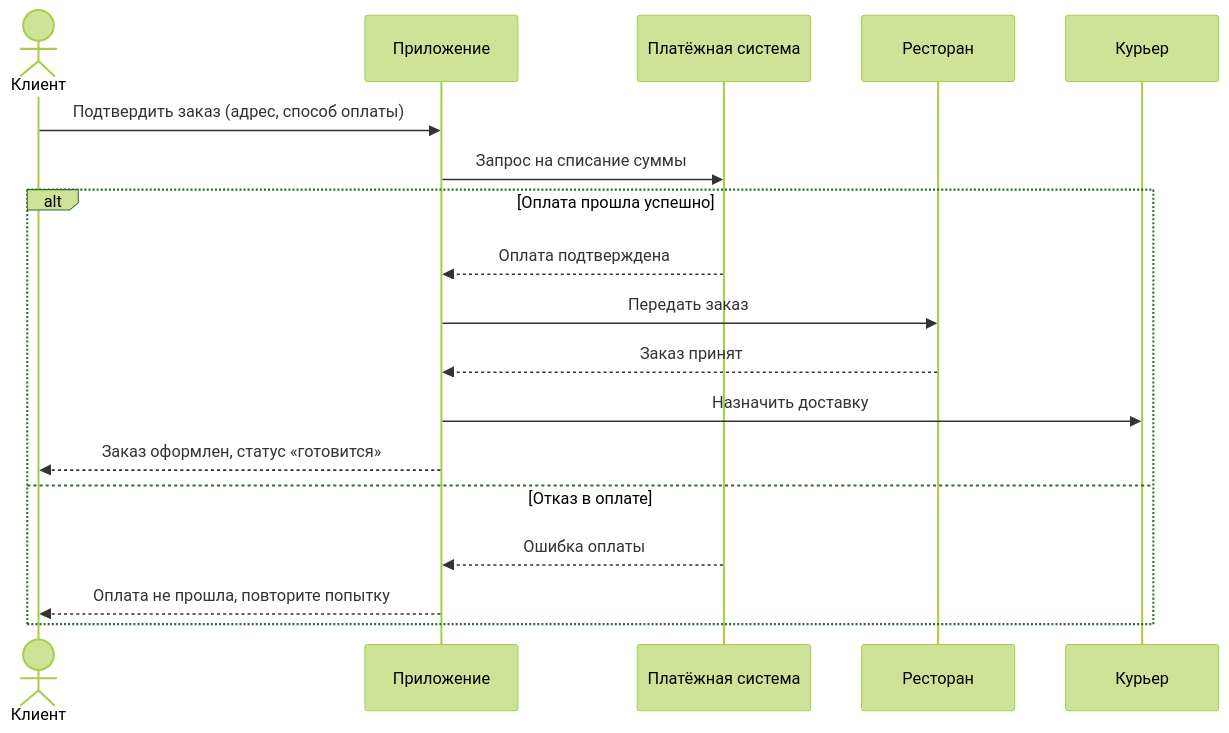
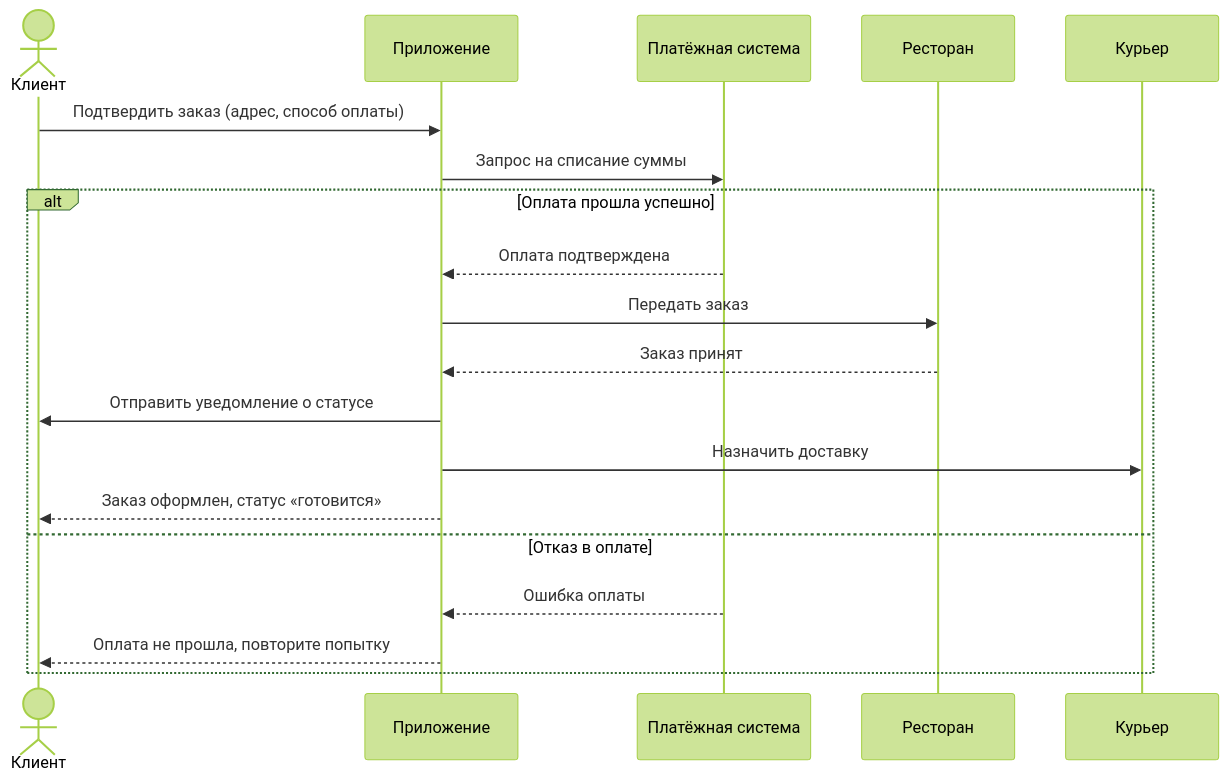
Before and after one commit to DianaKorostelkina/visual-programming-labs-Korostelkina: the diagram in lab1/docs/sequence.md, drawn with Mermaid (forest theme). The commit also changed 1 other file, not shown here.

Commit message:
Update Mermaid diagrams: minor changes.

````diff
--- a/lab1/docs/sequence.md
+++ b/lab1/docs/sequence.md
@@ -3,21 +3,22 @@
 ```mermaid
 sequenceDiagram
     actor Client as Клиент
     participant App as Приложение
     participant Pay as Платёжная система
     participant Rest as Ресторан
     participant Courier as Курьер
 
     Client->>App: Подтвердить заказ (адрес, способ оплаты)
     App->>Pay: Запрос на списание суммы
     alt Оплата прошла успешно
         Pay-->>App: Оплата подтверждена
         App->>Rest: Передать заказ
         Rest-->>App: Заказ принят
+        App->>Client: Отправить уведомление о статусе
         App->>Courier: Назначить доставку
         App-->>Client: Заказ оформлен, статус «готовится»
     else Отказ в оплате
         Pay-->>App: Ошибка оплаты
         App-->>Client: Оплата не прошла, повторите попытку
     end
 ```
````
